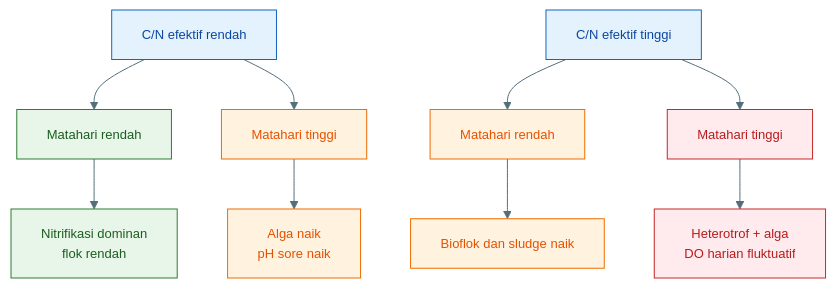
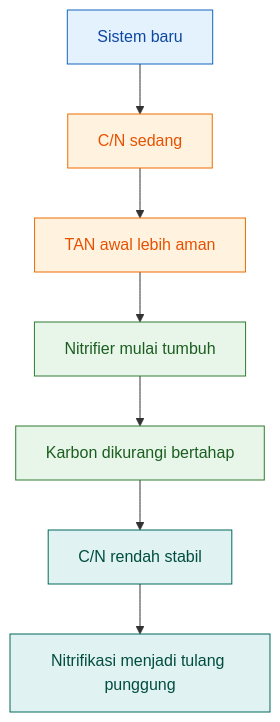
Before and after one commit to slametsampon/kawruhnology: diagram 13 of 22 in content/blog/agri/perikanan/ratio-cn-rendah-biflok.mdx, drawn with Mermaid. The commit also changed other lines of this file, not shown here.

Commit message:
update ratio-cn-rendah

````diff
--- a/content/blog/agri/perikanan/ratio-cn-rendah-biflok.mdx
+++ b/content/blog/agri/perikanan/ratio-cn-rendah-biflok.mdx
@@ -2620,35 +1700,19 @@
-```mermaid id="interaksi-cn-matahari"
-%%{init: {'theme':'base','themeVariables':{
-'primaryColor':'#E3F2FD',
-'primaryTextColor':'#0D47A1',
-'primaryBorderColor':'#1565C0',
-'secondaryColor':'#E8F5E9',
-'secondaryTextColor':'#1B5E20',
-'secondaryBorderColor':'#2E7D32',
-'tertiaryColor':'#FFF3E0',
-'tertiaryTextColor':'#E65100',
-'tertiaryBorderColor':'#EF6C00',
-'lineColor':'#546E7A',
-'fontSize':'13px'
-}}}%%
+```mermaid id="ocm8c6"
 flowchart TD
-    A["C/N efektif rendah"] --> B["Matahari rendah"]
-    A --> C["Matahari tinggi"]
-    D["C/N efektif tinggi"] --> E["Matahari rendah"]
-    D --> F["Matahari tinggi"]
+    A["Sistem baru"] --> B["C/N sedang"]
+    B --> C["TAN awal lebih aman"]
+    C --> D["Nitrifier mulai tumbuh"]
+    D --> E["Karbon dikurangi bertahap"]
+    E --> F["C/N rendah stabil"]
+    F --> G["Nitrifikasi menjadi tulang punggung"]
 
-    B --> G["Nitrifikasi dominan<br/>flok rendah"]
-    C --> H["Alga naik<br/>pH sore naik"]
-    E --> I["Bioflok dan sludge naik"]
-    F --> J["Heterotrof + alga<br/>DO harian fluktuatif"]
+    classDef awal fill:#e3f2fd,stroke:#1565c0,color:#0d47a1;
+    classDef transisi fill:#fff3e0,stroke:#ef6c00,color:#e65100;
+    classDef mikroba fill:#e8f5e9,stroke:#2e7d32,color:#1b5e20;
+    classDef stabil fill:#e0f2f1,stroke:#00695c,color:#004d40;
 
-    classDef cn fill:#E3F2FD,stroke:#1565C0,color:#0D47A1;
-    classDef aman fill:#E8F5E9,stroke:#2E7D32,color:#1B5E20;
-    classDef waspada fill:#FFF3E0,stroke:#EF6C00,color:#E65100;
-    classDef risiko fill:#FFEBEE,stroke:#C62828,color:#B71C1C;
-
-    class A,D cn;
-    class B,G aman;
-    class C,H,E,I waspada;
-    class F,J risiko;
+    class A awal;
+    class B,C transisi;
+    class D,E mikroba;
+    class F,G stabil;
 ```
````
